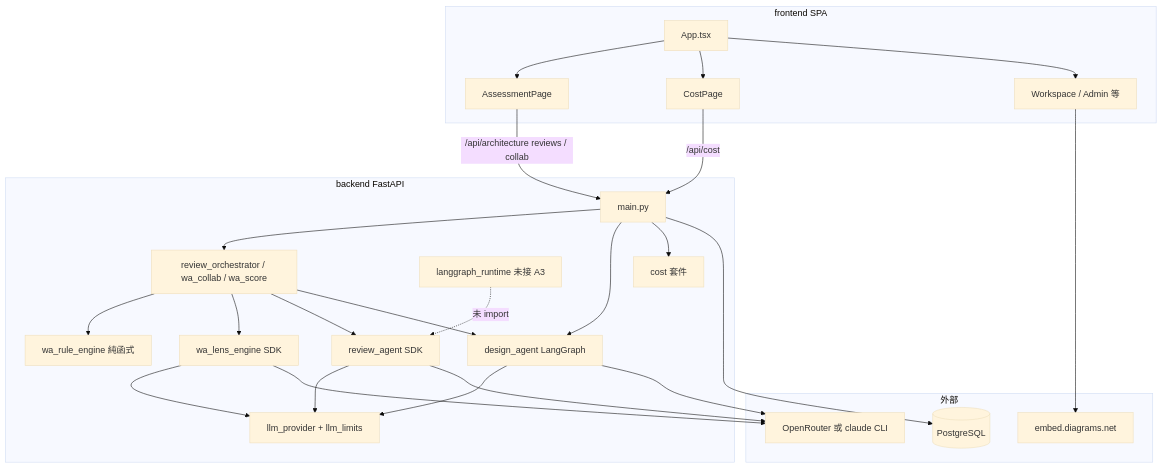
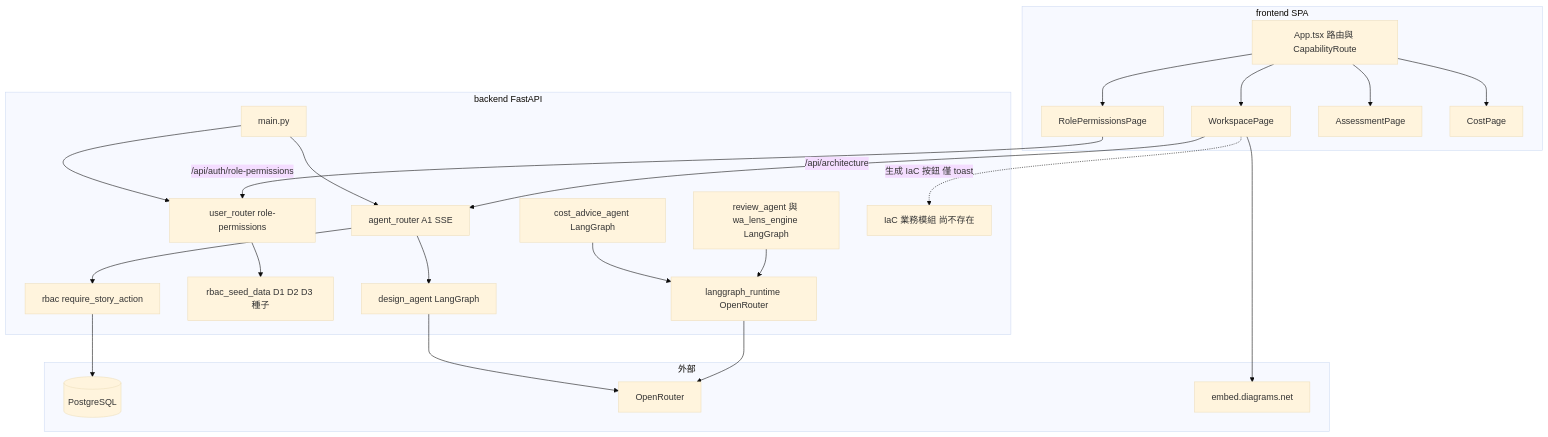
Before and after one commit to opendiamonds/cloud-360: the first of 6 diagrams in aidlc/spaces/default/codekb/cloud/architecture.md, drawn with Mermaid (base theme). The commit also changed other lines of this file and 249 other files, not shown here.

````diff
--- a/aidlc/spaces/default/codekb/cloud/architecture.md
+++ b/aidlc/spaces/default/codekb/cloud/architecture.md
@@ -16,49 +17,48 @@
 ```mermaid
 graph TD
   subgraph FE["frontend SPA"]
-    ROUTES["App.tsx"]
+    ROUTES["App.tsx 路由與 CapabilityRoute"]
+    WS["WorkspacePage"]
+    ROLEP["RolePermissionsPage"]
     ASSESS["AssessmentPage"]
     COSTPAGE["CostPage"]
-    OTHER["Workspace / Admin 等"]
   end
 
   subgraph BE["backend FastAPI"]
     MAIN["main.py"]
+    AGENTR["agent_router A1 SSE"]
+    USERR["user_router role-permissions"]
+    RBAC["rbac require_story_action"]
+    SEED["rbac_seed_data D1 D2 D3 種子"]
     DESIGN["design_agent LangGraph"]
-    REVIEW["review_agent SDK"]
-    LENS["wa_lens_engine SDK"]
-    RULES["wa_rule_engine 純函式"]
-    ORCH["review_orchestrator / wa_collab / wa_score"]
-    LGHELPER["langgraph_runtime 未接 A3"]
-    LLM["llm_provider + llm_limits"]
-    COST["cost 套件"]
+    LGRT["langgraph_runtime OpenRouter"]
+    REVIEW["review_agent 與 wa_lens_engine LangGraph"]
+    COSTADV["cost_advice_agent LangGraph"]
+    IAC["IaC 業務模組 尚不存在"]
   end
 
   subgraph EXT["外部"]
     PG[("PostgreSQL")]
-    OR["OpenRouter 或 claude CLI"]
+    OR["OpenRouter"]
     DRAWIO["embed.diagrams.net"]
   end
 
+  ROUTES --> WS
+  ROUTES --> ROLEP
   ROUTES --> ASSESS
   ROUTES --> COSTPAGE
-  ROUTES --> OTHER
-  ASSESS -->|"/api/architecture reviews / collab"| MAIN
-  COSTPAGE -->|"/api/cost"| MAIN
-  MAIN --> ORCH
-  MAIN --> DESIGN
-  MAIN --> COST
-  ORCH --> RULES
-  ORCH --> LENS
-  ORCH --> REVIEW
-  ORCH --> DESIGN
-  DESIGN --> LLM
-  REVIEW --> LLM
-  LENS --> LLM
-  LGHELPER -.->|"未 import"| REVIEW
-  MAIN --> PG
+  WS -->|"/api/architecture"| AGENTR
+  ROLEP -->|"/api/auth/role-permissions"| USERR
+  MAIN --> AGENTR
+  MAIN --> USERR
+  AGENTR --> DESIGN
+  AGENTR --> RBAC
+  USERR --> SEED
+  RBAC --> PG
+  REVIEW --> LGRT
+  COSTADV --> LGRT
+  LGRT --> OR
   DESIGN --> OR
-  REVIEW --> OR
-  LENS --> OR
-  OTHER --> DRAWIO
+  WS --> DRAWIO
+  WS -.->|"生成 IaC 按鈕 僅 toast"| IAC
 ```
````
